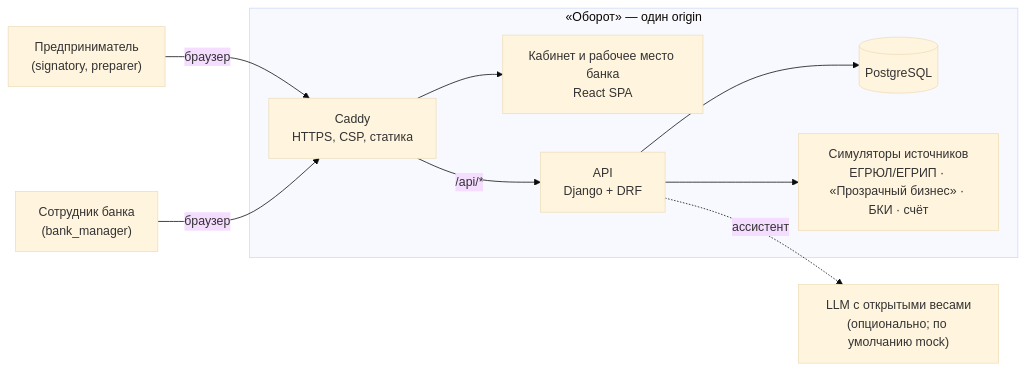
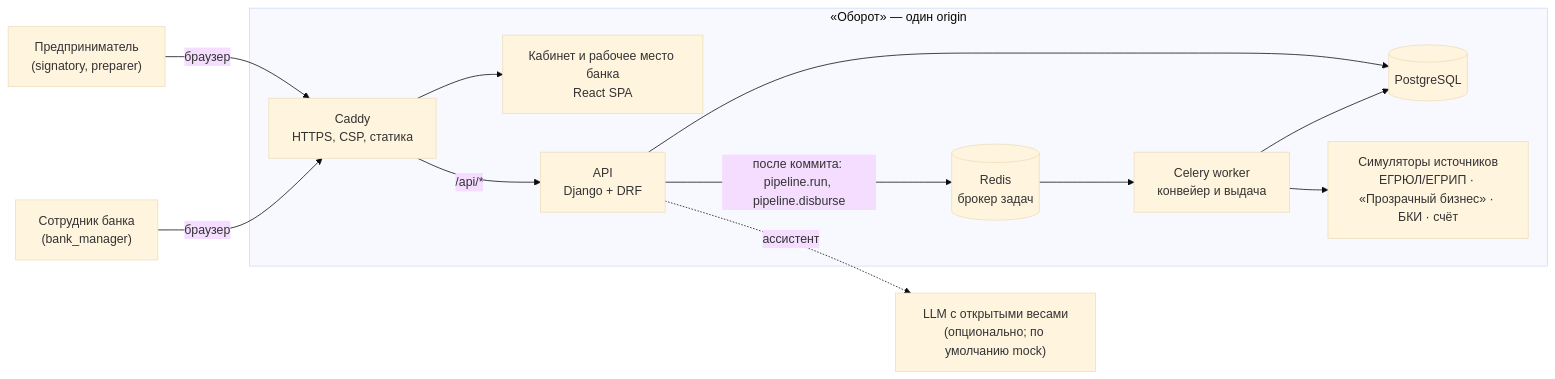
Before and after one commit to korol1dorogi/AFFASHPAK: the first of 4 diagrams in docs/architecture.md, drawn with Mermaid (base theme). The commit also changed other lines of this file, not shown here.

Commit message:
architecture.md: worker and Redis in the diagrams, the pipeline decision updated (OPS4)

````diff
--- a/docs/architecture.md
+++ b/docs/architecture.md
@@ -7,20 +7,25 @@
 ```mermaid
 flowchart LR
     client["Предприниматель<br/>(signatory, preparer)"]
     officer["Сотрудник банка<br/>(bank_manager)"]
     subgraph oborot["«Оборот» — один origin"]
         caddy["Caddy<br/>HTTPS, CSP, статика"]
         spa["Кабинет и рабочее место банка<br/>React SPA"]
         api["API<br/>Django + DRF"]
         db[("PostgreSQL")]
+        redis[("Redis<br/>брокер задач")]
+        worker["Celery worker<br/>конвейер и выдача"]
         sims["Симуляторы источников<br/>ЕГРЮЛ/ЕГРИП · «Прозрачный бизнес» · БКИ · счёт"]
     end
     llm["LLM с открытыми весами<br/>(опционально; по умолчанию mock)"]
     client -- браузер --> caddy
     officer -- браузер --> caddy
     caddy --> spa
     caddy -- "/api/*" --> api
     api --> db
-    api --> sims
+    api -- "после коммита: pipeline.run, pipeline.disburse" --> redis
+    redis --> worker
+    worker --> db
+    worker --> sims
     api -. ассистент .-> llm
 ```
````
